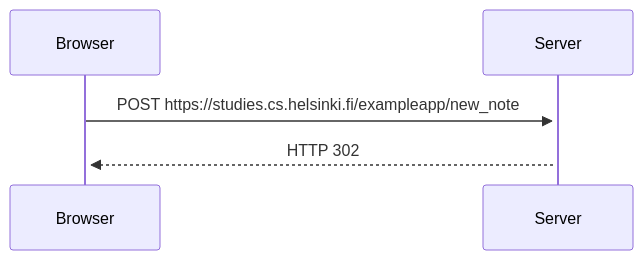
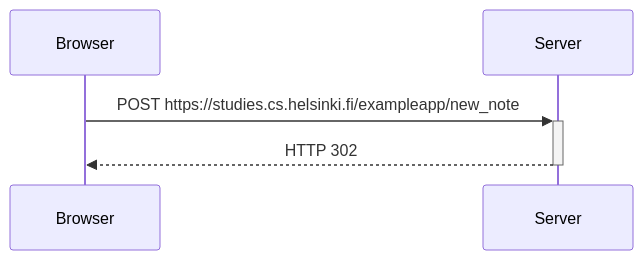
Before and after one commit to JoaoaoJ99/OpenFullStack: the diagram in part0/0.4.md, drawn with Mermaid.

````diff
--- a/part0/0.4.md
+++ b/part0/0.4.md
@@ -1,5 +1,5 @@
 ```mermaid
 sequenceDiagram
     Browser->>+Server: POST https://studies.cs.helsinki.fi/exampleapp/new_note
-    Server-->>+Browser: HTTP 302
+    Server-->>-Browser: HTTP 302
 ```
````
